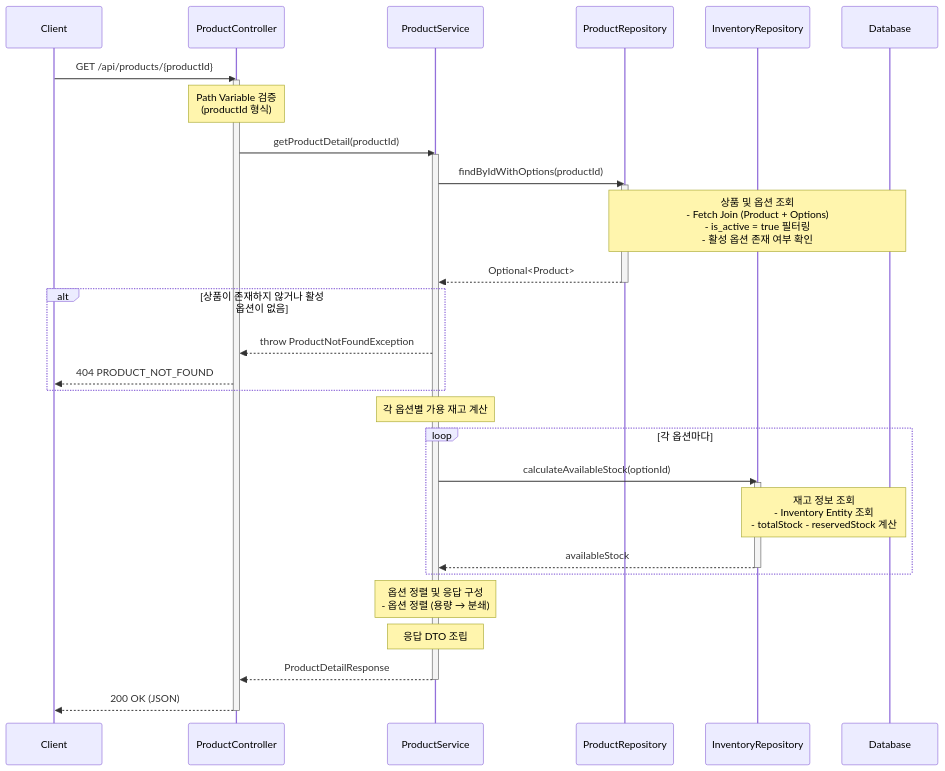
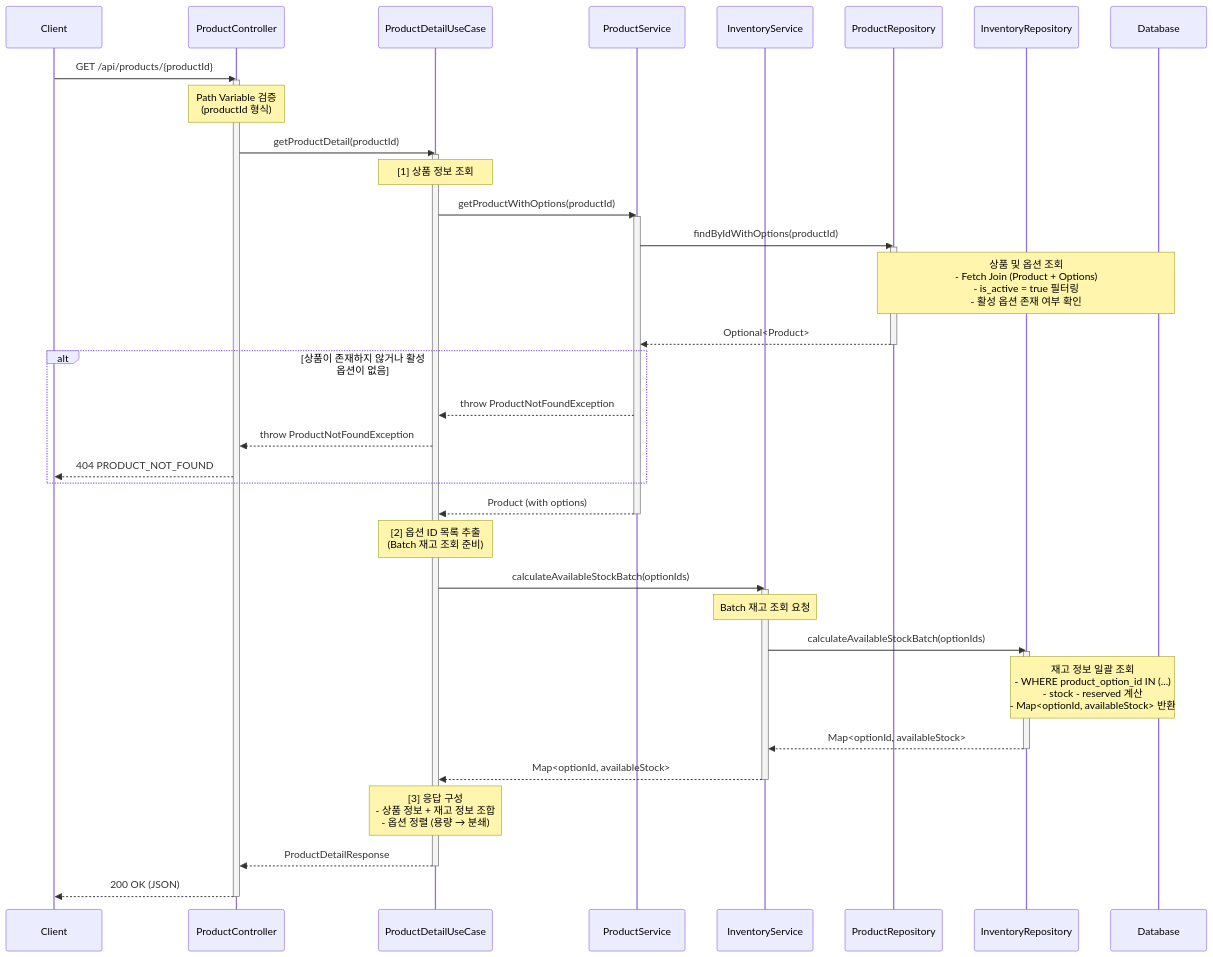
Before and after one commit to edit8080/commerce-api: the diagram in docs/api/product/get-product-detail.md, drawn with Mermaid. The commit also changed other lines of this file and 8 other files, not shown here.

````diff
--- a/docs/api/product/get-product-detail.md
+++ b/docs/api/product/get-product-detail.md
@@ -161,51 +164,67 @@
 ```mermaid
 sequenceDiagram
     participant Client as Client
     participant Controller as ProductController
-    participant Service as ProductService
+    participant UseCase as ProductDetailUseCase
+    participant ProdService as ProductService
+    participant InvService as InventoryService
     participant ProdRepo as ProductRepository
     participant InvRepo as InventoryRepository
     participant DB as Database
 
     Client->>Controller: GET /api/products/{productId}
     activate Controller
 
     Note over Controller: Path Variable 검증<br/>(productId 형식)
 
-    Controller->>Service: getProductDetail(productId)
-    activate Service
+    Controller->>UseCase: getProductDetail(productId)
+    activate UseCase
 
-    Service->>ProdRepo: findByIdWithOptions(productId)
+    Note over UseCase: [1] 상품 정보 조회
+
+    UseCase->>ProdService: getProductWithOptions(productId)
+    activate ProdService
+
+    ProdService->>ProdRepo: findByIdWithOptions(productId)
     activate ProdRepo
 
     Note over ProdRepo,DB: 상품 및 옵션 조회<br/>- Fetch Join (Product + Options)<br/>- is_active = true 필터링<br/>- 활성 옵션 존재 여부 확인
 
-    ProdRepo-->>Service: Optional<Product>
+    ProdRepo-->>ProdService: Optional<Product>
     deactivate ProdRepo
 
     alt 상품이 존재하지 않거나 활성 옵션이 없음
-        Service-->>Controller: throw ProductNotFoundException
+        ProdService-->>UseCase: throw ProductNotFoundException
+        UseCase-->>Controller: throw ProductNotFoundException
         Controller-->>Client: 404 PRODUCT_NOT_FOUND
     end
 
-    Note over Service: 각 옵션별 가용 재고 계산
+    ProdService-->>UseCase: Product (with options)
+    deactivate ProdService
 
-    loop 각 옵션마다
-        Service->>InvRepo: calculateAvailableStock(optionId)
-        activate InvRepo
+    Note over UseCase: [2] 옵션 ID 목록 추출<br/>(Batch 재고 조회 준비)
 
-        Note over InvRepo,DB: 재고 정보 조회<br/>- Inventory Entity 조회<br/>- totalStock - reservedStock 계산
+    UseCase->>InvService: calculateAvailableStockBatch(optionIds)
+    activate InvService
 
-        InvRepo-->>Service: availableStock
-        deactivate InvRepo
-    end
+    Note over InvService: Batch 재고 조회 요청
 
-    Note over Service: 옵션 정렬 및 응답 구성<br/>- 옵션 정렬 (용량 → 분쇄)
+    InvService->>InvRepo: calculateAvailableStockBatch(optionIds)
+    activate InvRepo
 
-    Note over Service: 응답 DTO 조립
-    Service-->>Controller: ProductDetailResponse
-    deactivate Service
+    Note over InvRepo,DB: 재고 정보 일괄 조회<br/>- WHERE product_option_id IN (...)<br/>- stock - reserved 계산<br/>- Map<optionId, availableStock> 반환
+
+    InvRepo-->>InvService: Map<optionId, availableStock>
+    deactivate InvRepo
+
+    InvService-->>UseCase: Map<optionId, availableStock>
+    deactivate InvService
+
+    Note over UseCase: [3] 응답 구성<br/>- 상품 정보 + 재고 정보 조합<br/>- 옵션 정렬 (용량 → 분쇄)
+
+    UseCase-->>Controller: ProductDetailResponse
+    deactivate UseCase
 
     Controller-->>Client: 200 OK (JSON)
     deactivate Controller
 ```
````
